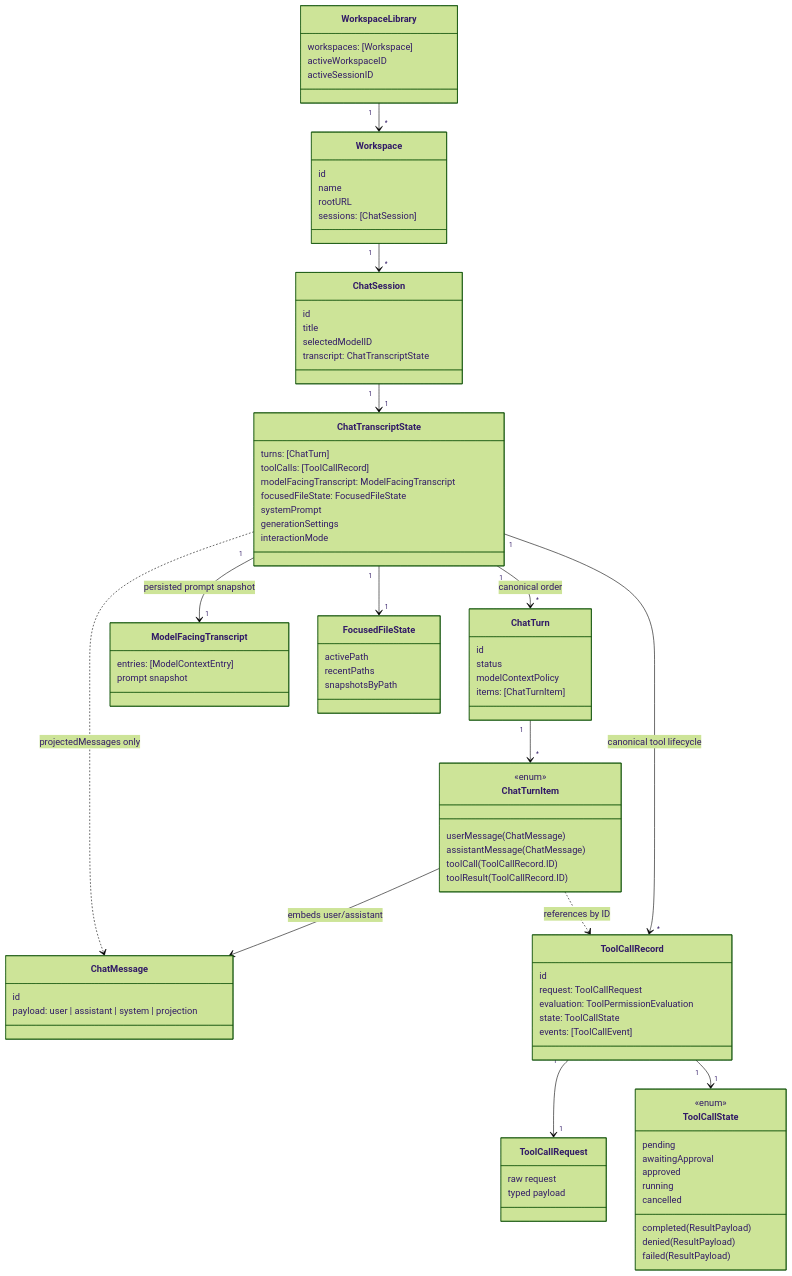
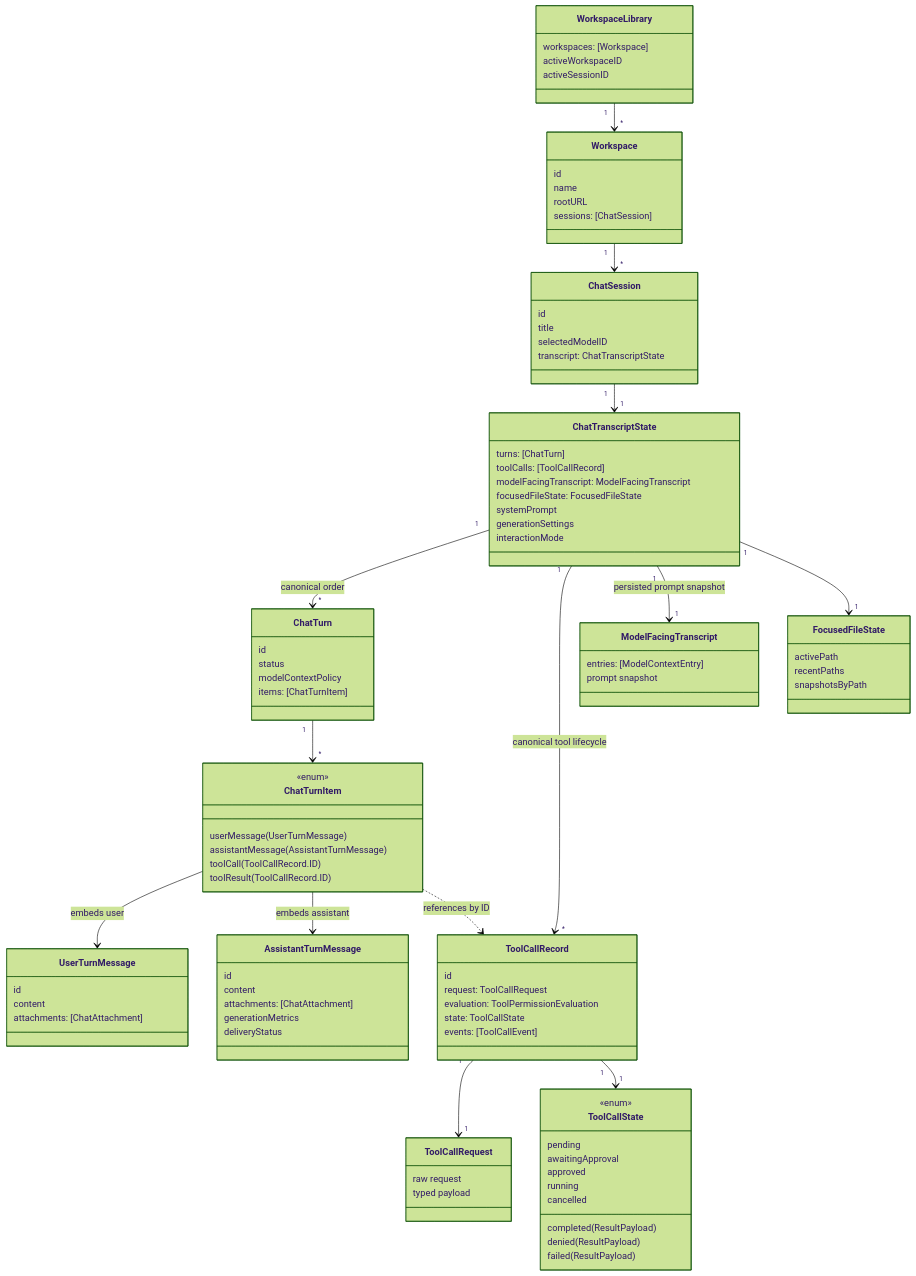
One commit to ngutech21/sumika-chat changed the diagram in docs/model.md. Above: the diagram before and after it, drawn with Mermaid (forest theme). The commit also changed 31 other files, not shown here.

First line of the commit message:
refactor: chat message handling to use new ChatTurnItem structure

````diff
--- a/docs/model.md
+++ b/docs/model.md
@@ -41,15 +41,24 @@
 
   class ChatTurnItem {
     <<enum>>
-    userMessage(ChatMessage)
-    assistantMessage(ChatMessage)
+    userMessage(UserTurnMessage)
+    assistantMessage(AssistantTurnMessage)
     toolCall(ToolCallRecord.ID)
     toolResult(ToolCallRecord.ID)
   }
 
-  class ChatMessage {
+  class UserTurnMessage {
     id
-    payload: user | assistant | system | projection
+    content
+    attachments: [ChatAttachment]
+  }
+
+  class AssistantTurnMessage {
+    id
+    content
+    attachments: [ChatAttachment]
+    generationMetrics
+    deliveryStatus
   }
 
   class ToolCallRecord {
@@ -98,11 +107,10 @@
   ChatTranscriptState "1" --> "1" FocusedFileState
 
   ChatTurn "1" --> "*" ChatTurnItem
-  ChatTurnItem --> ChatMessage : embeds user/assistant
+  ChatTurnItem --> UserTurnMessage : embeds user
+  ChatTurnItem --> AssistantTurnMessage : embeds assistant
   ChatTurnItem ..> ToolCallRecord : references by ID
 
   ToolCallRecord "1" --> "1" ToolCallRequest
   ToolCallRecord "1" --> "1" ToolCallState
-
-  ChatTranscriptState ..> ChatMessage : projectedMessages only
 ```
````
